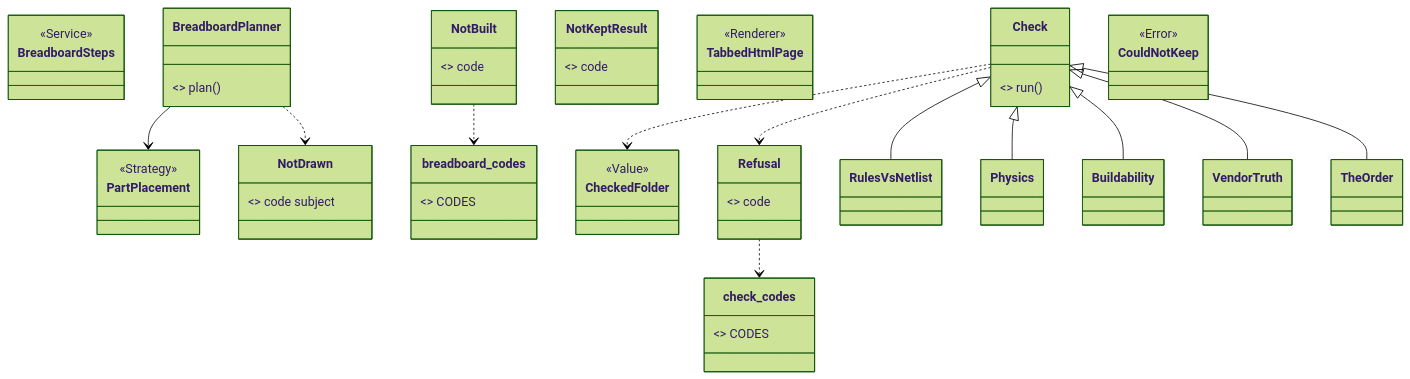
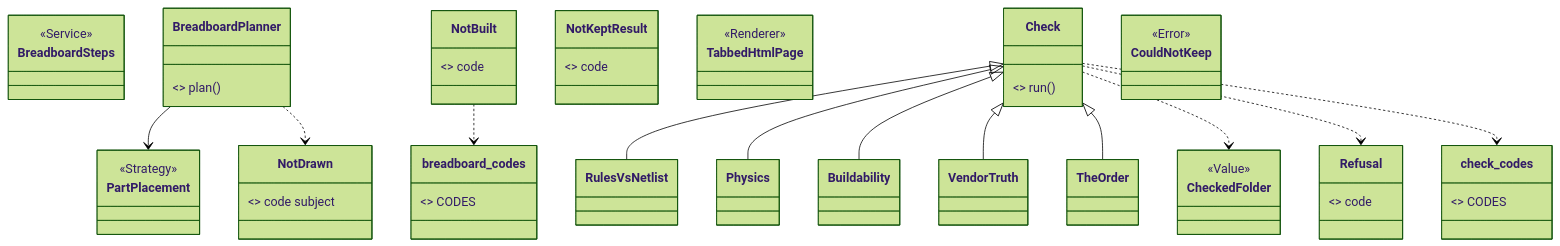
One commit to xmejkal/spark changed the first of 2 diagrams in docs/discovery/2026-10-19-p323-target-architecture/architecture/wave6-plan.md. Above: the diagram before and after it, drawn with Mermaid (forest theme). The commit also changed other lines of this file, not shown here.

Commit message:
P690: council round 1 (P688's SystemExit into W6-C2, the nine Extract Functions into the codes PRs, open question 1 rewritten, Refusal to result.py, MAY_READ, the rows by hand, NotDrawn out of scope)

````diff
--- a/docs/discovery/2026-10-19-p323-target-architecture/architecture/wave6-plan.md
+++ b/docs/discovery/2026-10-19-p323-target-architecture/architecture/wave6-plan.md
@@ -610,27 +642,27 @@
 ```mermaid
 classDiagram
   class BreadboardSteps { <<Service>> }
   class BreadboardPlanner { <<Service>> plan() }
   class PartPlacement { <<Strategy>> }
   class NotDrawn { <<Error>> code subject }
   class NotBuilt { <<Error>> code }
   class NotKeptResult { <<Result>> code }
   class TabbedHtmlPage { <<Renderer>> }
   class breadboard_codes { <<leaf>> CODES }
   BreadboardPlanner --> PartPlacement
   BreadboardPlanner ..> NotDrawn
   NotBuilt ..> breadboard_codes
   class Check { <<Strategy>> run() }
   class CheckedFolder { <<Value>> }
   class CouldNotKeep { <<Error>> }
   class check_codes { <<leaf>> CODES }
   class Refusal { <<Value>> code }
   Check <|-- RulesVsNetlist
   Check <|-- Physics
   Check <|-- Buildability
   Check <|-- VendorTruth
   Check <|-- TheOrder
   Check ..> CheckedFolder
   Check ..> Refusal
-  Refusal ..> check_codes
+  Check ..> check_codes
 ```
````
